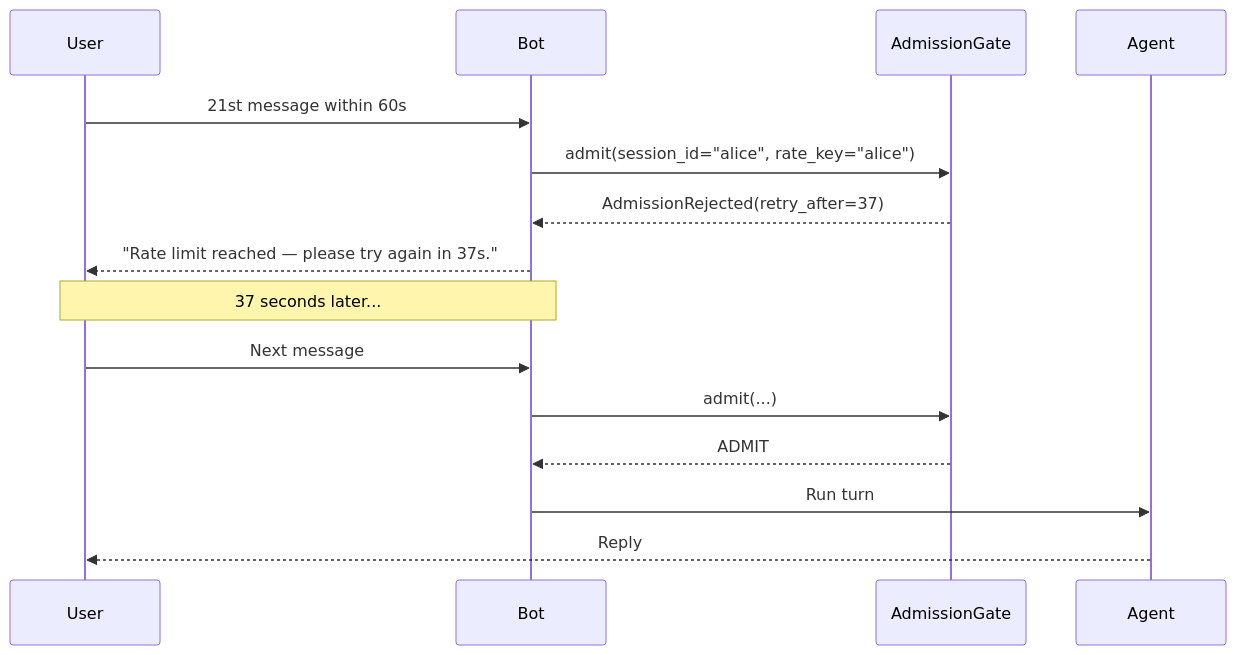
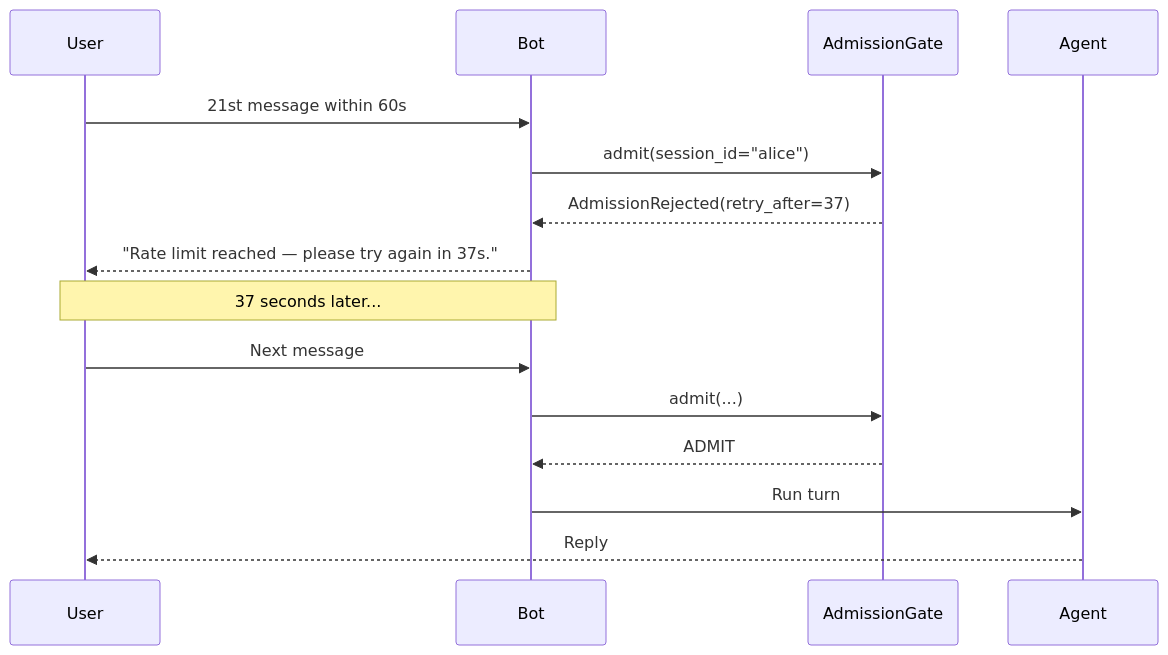
Before and after one commit to MervinPraison/PraisonAIDocs: the second of 5 diagrams in docs/features/gateway-rate-limit.mdx, drawn with Mermaid.

Commit message:
fix: channel bots call admit(session_id) without rate_key in rate-limit diagram

````diff
--- a/docs/features/gateway-rate-limit.mdx
+++ b/docs/features/gateway-rate-limit.mdx
@@ -85,18 +85,18 @@
 ```mermaid
 sequenceDiagram
     participant User
     participant Bot
     participant Gate as AdmissionGate
     participant Agent
 
     User->>Bot: 21st message within 60s
-    Bot->>Gate: admit(session_id="alice", rate_key="alice")
+    Bot->>Gate: admit(session_id="alice")
     Gate-->>Bot: AdmissionRejected(retry_after=37)
     Bot-->>User: "Rate limit reached — please try again in 37s."
     Note over User,Bot: 37 seconds later...
     User->>Bot: Next message
     Bot->>Gate: admit(...)
     Gate-->>Bot: ADMIT
     Bot->>Agent: Run turn
     Agent-->>User: Reply
 ```
````
